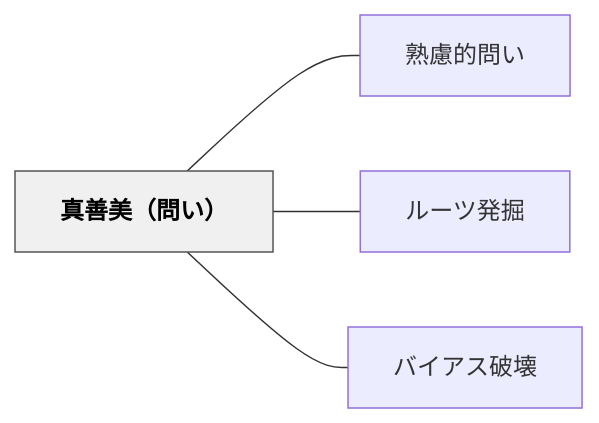
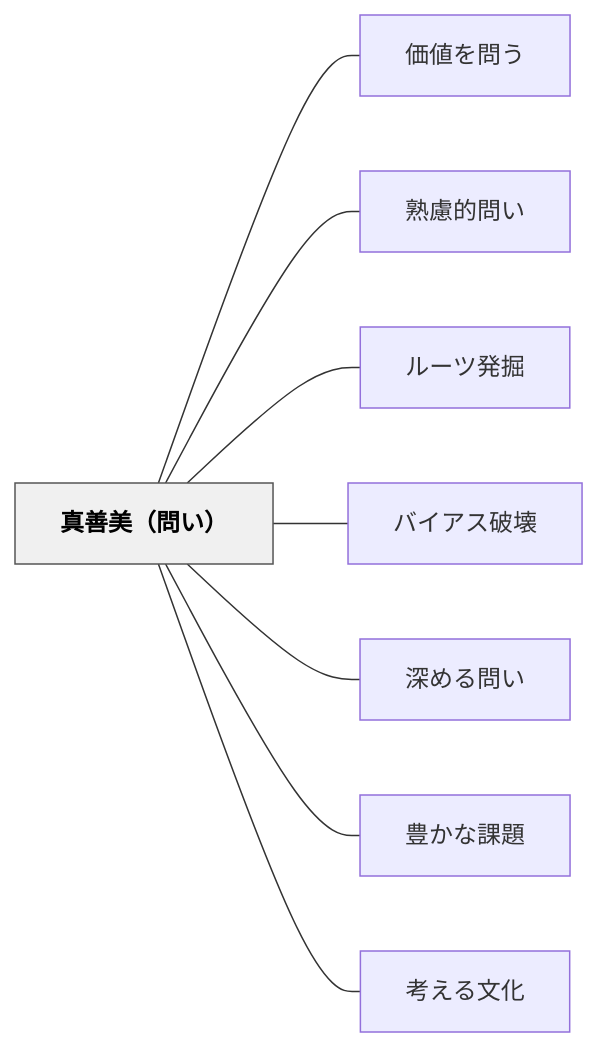
The diagram in content/パタン/真善美（問い）.md (unknownthings-ed-patterns/unknownthings-ed-patterns), drawn with Mermaid before and after one commit. The commit also changed other lines of this file and 71 other files, not shown here.

````diff
--- a/content/パタン/真善美（問い）.md
+++ b/content/パタン/真善美（問い）.md
@@ -49,14 +53,22 @@
 ```mermaid
 flowchart LR
     ne79c9fe59684e7be8eefbc88e5958fe38184efbc89["真善美（問い）"]
+    ne4bea1e580a4e38292e5958fe38186["価値を問う"]
     ne7869fe685aee79a84e5958fe38184["熟慮的問い"]
     ne383abe383bce38384e799bae68e98["ルーツ発掘"]
     ne38390e382a4e382a2e382b9e7a0b4e5a38a["バイアス破壊"]
+    ne6b7b1e38281e3828be5958fe38184["深める問い"]
+    ne8b18ae3818be381aae8aab2e9a18c["豊かな課題"]
+    ne88083e38188e3828be69687e58c96["考える文化"]
 
+    ne79c9fe59684e7be8eefbc88e5958fe38184efbc89 --- ne4bea1e580a4e38292e5958fe38186
     ne79c9fe59684e7be8eefbc88e5958fe38184efbc89 --- ne7869fe685aee79a84e5958fe38184
     ne79c9fe59684e7be8eefbc88e5958fe38184efbc89 --- ne383abe383bce38384e799bae68e98
     ne79c9fe59684e7be8eefbc88e5958fe38184efbc89 --- ne38390e382a4e382a2e382b9e7a0b4e5a38a
+    ne79c9fe59684e7be8eefbc88e5958fe38184efbc89 --- ne6b7b1e38281e3828be5958fe38184
+    ne79c9fe59684e7be8eefbc88e5958fe38184efbc89 --- ne8b18ae3818be381aae8aab2e9a18c
+    ne79c9fe59684e7be8eefbc88e5958fe38184efbc89 --- ne88083e38188e3828be69687e58c96
 
     classDef hub fill:#f0f0f0,stroke:#555,color:#000,font-weight:bold
     class ne79c9fe59684e7be8eefbc88e5958fe38184efbc89 hub
 ```
````
